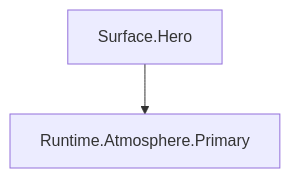
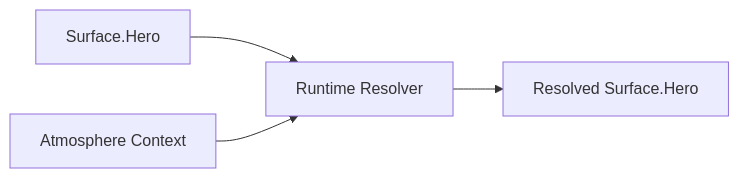
Before and after one commit to mosaic-media/architecture: the fourth of 9 diagrams in docs/design/system/mds-001-design-token-architecture/04-semantic-tokens.md, drawn with Mermaid. The commit also changed other lines of this file and 19 other files, not shown here.

Commit message:
docs(mds-001): simplify token resolution architecture

````diff
--- a/docs/design/system/mds-001-design-token-architecture/04-semantic-tokens.md
+++ b/docs/design/system/mds-001-design-token-architecture/04-semantic-tokens.md
@@ -469,8 +468,12 @@
 ```mermaid
-flowchart TD
+flowchart LR
 
 N1["Surface.Hero"]
-N2["Runtime.Atmosphere.Primary"]
+N2["Runtime Resolver"]
+N3["Resolved Surface.Hero"]
+N4["Atmosphere Context"]
 
 N1 --> N2
+N4 --> N2
+N2 --> N3
 ```
````
